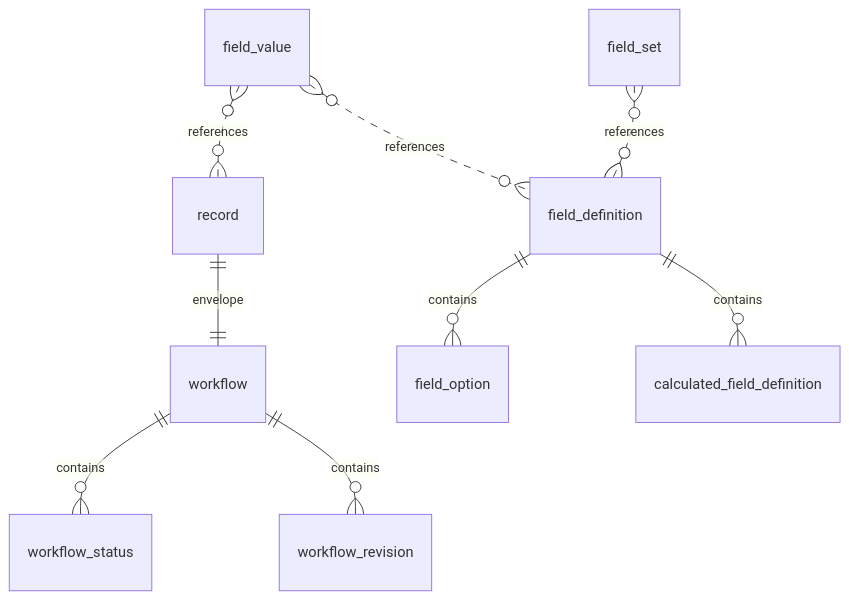
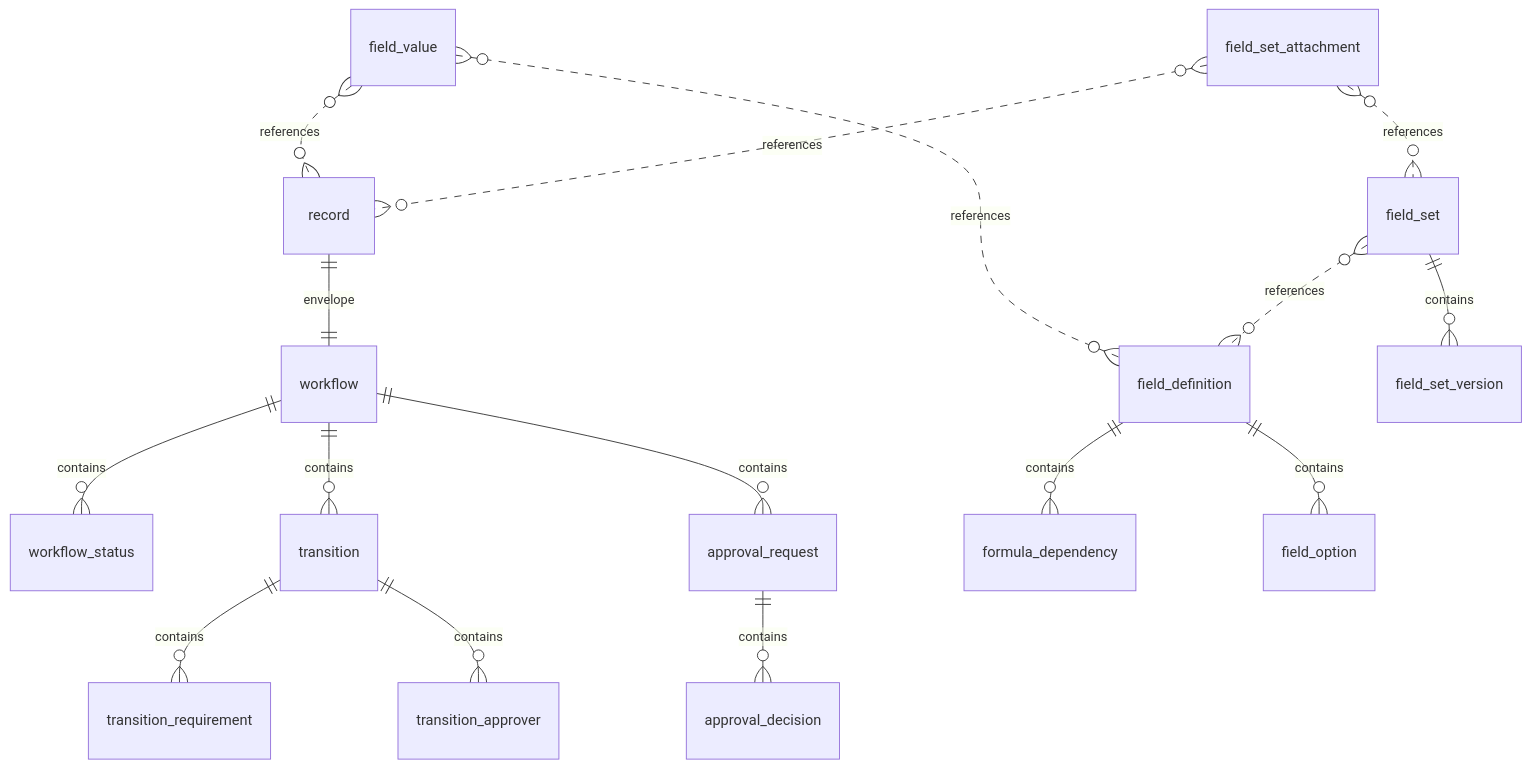
Before and after one commit to KatrielMoses/pm: the eighth of 30 diagrams in docs/architecture/data/generated/er-diagrams.md, drawn with Mermaid. The commit also changed 23 other files, not shown here.

````diff
--- a/docs/architecture/data/generated/er-diagrams.md
+++ b/docs/architecture/data/generated/er-diagrams.md
@@ -94,11 +94,18 @@
 ```mermaid
 erDiagram
   record ||--|| workflow : "envelope"
   workflow ||--o{ workflow_status : "contains"
-  workflow ||--o{ workflow_revision : "contains"
+  workflow ||--o{ transition : "contains"
+  transition ||--o{ transition_requirement : "contains"
+  transition ||--o{ transition_approver : "contains"
+  workflow ||--o{ approval_request : "contains"
+  approval_request ||--o{ approval_decision : "contains"
+  field_definition ||--o{ formula_dependency : "contains"
   field_definition ||--o{ field_option : "contains"
   field_set }o..o{ field_definition : "references"
-  field_definition ||--o{ calculated_field_definition : "contains"
+  field_set ||--o{ field_set_version : "contains"
+  field_set_attachment }o..o{ record : "references"
+  field_set_attachment }o..o{ field_set : "references"
   field_value }o..o{ record : "references"
   field_value }o..o{ field_definition : "references"
 ```
````
